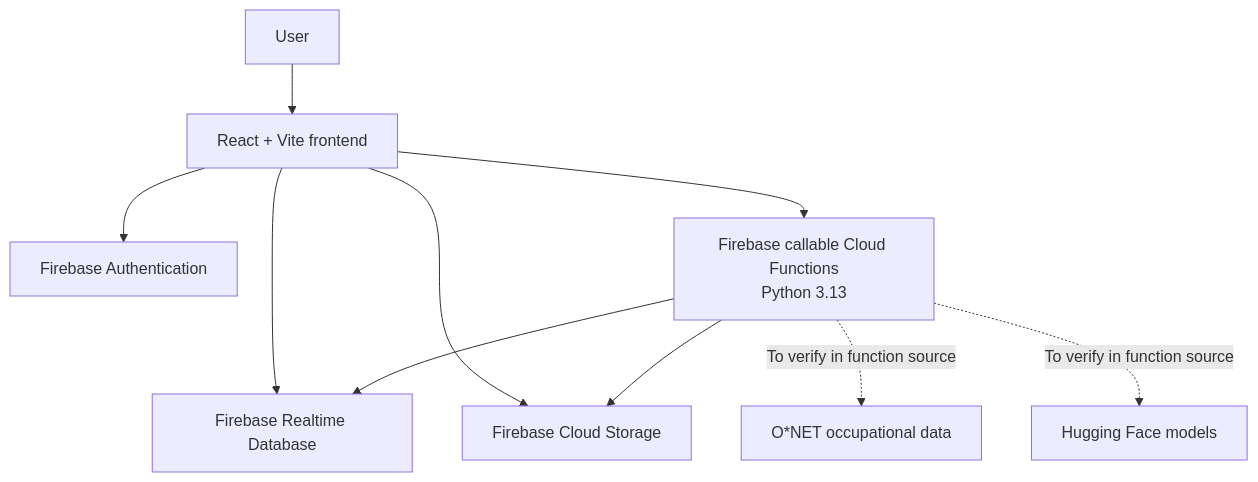
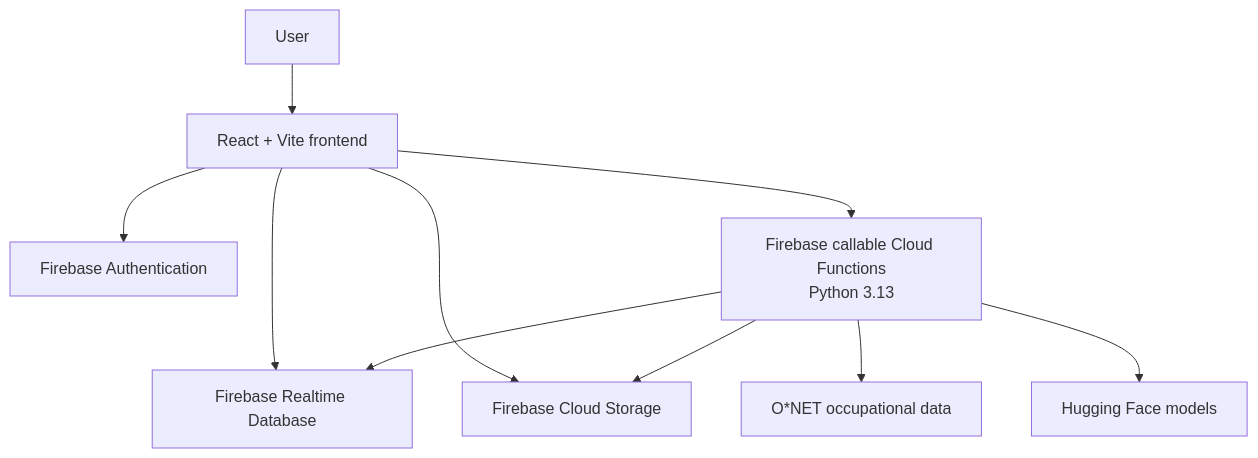
Before and after one commit to bryanhirano/SkillPath: the diagram in README.md, drawn with Mermaid. The commit also changed other lines of this file, not shown here.

````diff
--- a/README.md
+++ b/README.md
@@ -79,12 +52,12 @@
 ```mermaid
 flowchart TD
     U[User] --> UI[React + Vite frontend]
     UI --> AUTH[Firebase Authentication]
     UI --> DB[Firebase Realtime Database]
     UI --> ST[Firebase Cloud Storage]
     UI --> FN[Firebase callable Cloud Functions\nPython 3.13]
     FN --> ST
     FN --> DB
-    FN -. To verify in function source .-> ONET[O*NET occupational data]
-    FN -. To verify in function source .-> HF[Hugging Face models]
+    FN --> ONET[O*NET occupational data]
+    FN --> HF[Hugging Face models]
 ```
````
